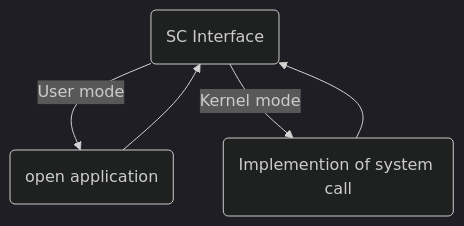
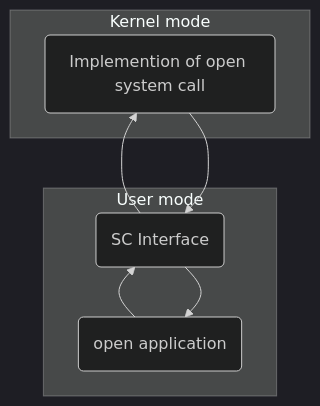
One commit to tom-pollak/notes changed the diagram in SYS2/System Calls.md. Above: the diagram before and after it, drawn with Mermaid (dark theme). The commit also changed other lines of this file and 24 other files, not shown here.

````diff
--- a/SYS2/System Calls.md
+++ b/SYS2/System Calls.md
@@ -17,5 +24,12 @@
 ```mermaid
-graph TD
-A(SC Interface) --> |User mode| B(open application) --> A
-A -->|Kernel mode| C(Implemention of system call) --> A
+graph BT
+B(open application)
+A(SC Interface)
+C(Implemention of open system call)
+subgraph User mode
+B --> A --> B
+end
+subgraph Kernel mode
+A --> C --> A
+end
 ```
````
